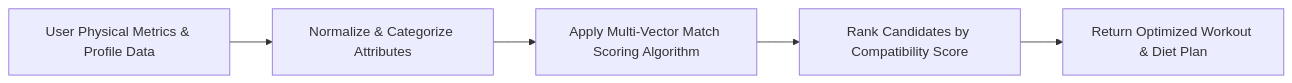
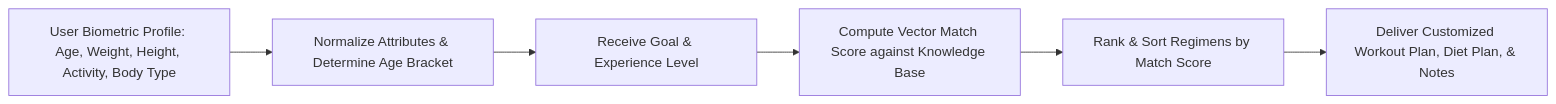
Before and after one commit to SioPauwiii/Olympus-Gym-Management-System: the third of 3 diagrams in README.md, drawn with Mermaid. The commit also changed other lines of this file, not shown here.

````diff
--- a/README.md
+++ b/README.md
@@ -121,7 +128,8 @@
 ```mermaid
 flowchart LR
-    Inputs[User Physical Metrics & Profile Data] --> Preprocess[Normalize & Categorize Attributes]
-    Preprocess --> MultiMatch[Apply Multi-Vector Match Scoring Algorithm]
-    MultiMatch --> Evaluator[Rank Candidates by Compatibility Score]
-    Evaluator --> Output[Return Optimized Workout & Diet Plan]
+    Metrics[User Biometric Profile: Age, Weight, Height, Activity, Body Type] --> Normalizer[Normalize Attributes & Determine Age Bracket]
+    Normalizer --> TargetInputs[Receive Goal & Experience Level]
+    TargetInputs --> VectorMatcher[Compute Vector Match Score against Knowledge Base]
+    VectorMatcher --> Ranker[Rank & Sort Regimens by Match Score]
+    Ranker --> Result[Deliver Customized Workout Plan, Diet Plan, & Notes]
 ```
````
